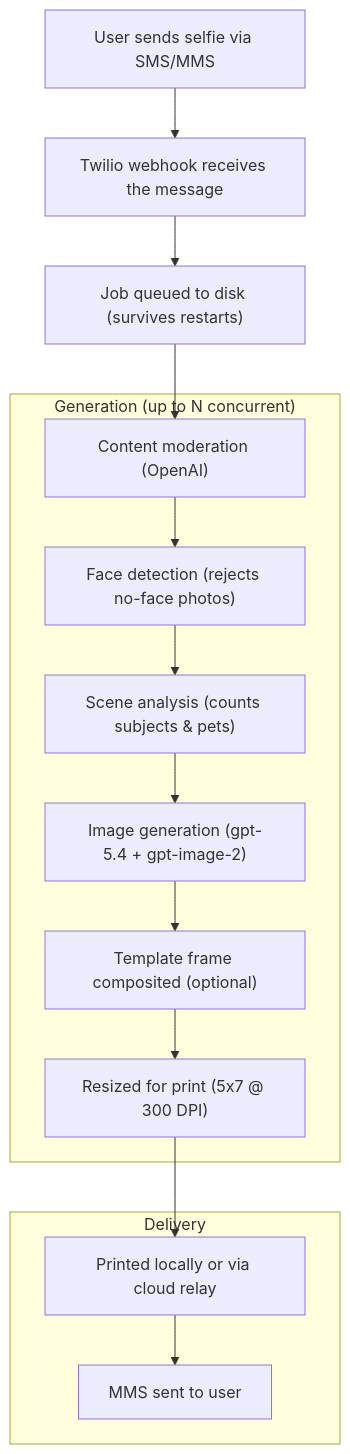
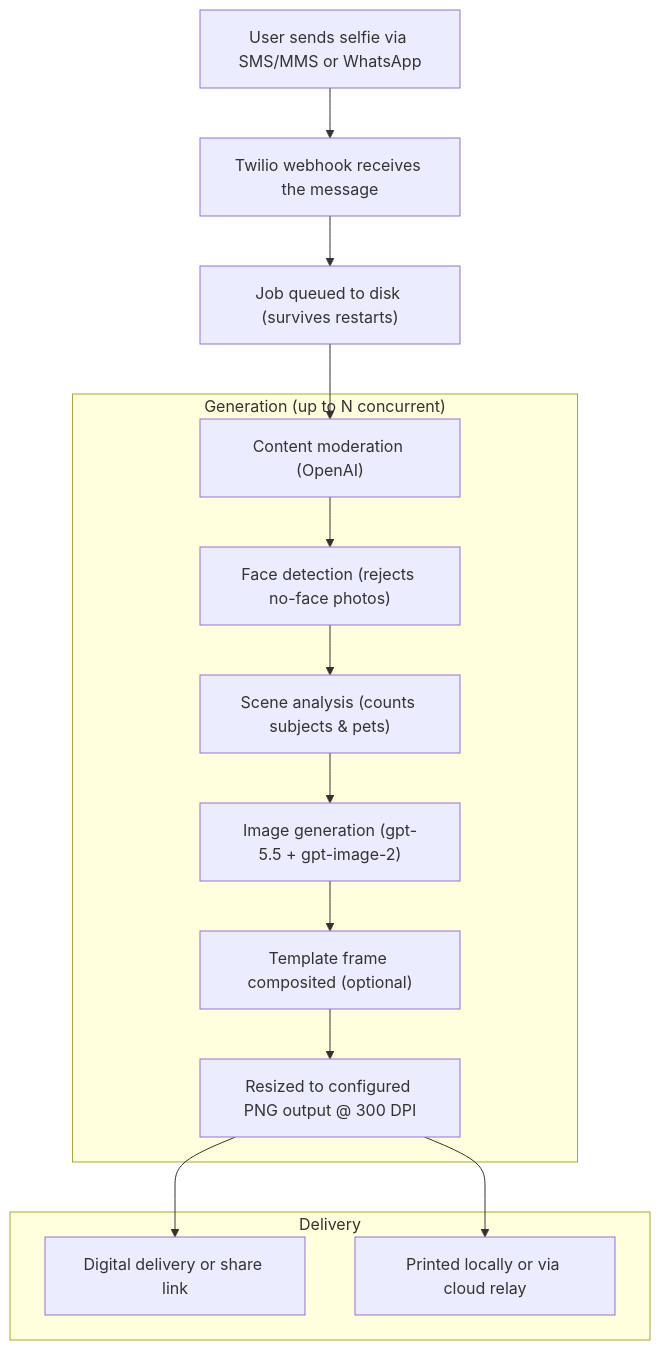
Before and after one commit to agithony/twilio-cartoon-printer: the diagram in README.md, drawn with Mermaid. The commit also changed other lines of this file and 64 other files, not shown here.

First line of the commit message:
feat: add landscape output and Print Station 1.3.1

````diff
--- a/README.md
+++ b/README.md
@@ -7,24 +12,25 @@
 ```mermaid
 flowchart TB
-  U["User sends selfie via SMS/MMS"] --> T["Twilio webhook receives the message"]
+  U["User sends selfie via SMS/MMS or WhatsApp"] --> T["Twilio webhook receives the message"]
   T --> Q["Job queued to disk (survives restarts)"]
 
   subgraph G["Generation (up to N concurrent)"]
     M["Content moderation (OpenAI)"]
     F["Face detection (rejects no-face photos)"]
     A["Scene analysis (counts subjects & pets)"]
-    I["Image generation (gpt-5.4 + gpt-image-2)"]
+    I["Image generation (gpt-5.5 + gpt-image-2)"]
     C["Template frame composited (optional)"]
-    R["Resized for print (5x7 @ 300 DPI)"]
+    R["Resized to configured PNG output @ 300 DPI"]
     M --> F --> A --> I --> C --> R
   end
 
   Q --> M
 
   subgraph P["Delivery"]
-    P1["Printed locally or via cloud relay"]
-    P2["MMS sent to user"]
+    P1["Digital delivery or share link"]
+    P2["Printed locally or via cloud relay"]
   end
 
-  R --> P1 --> P2
+  R --> P1
+  R --> P2
 ```
````
